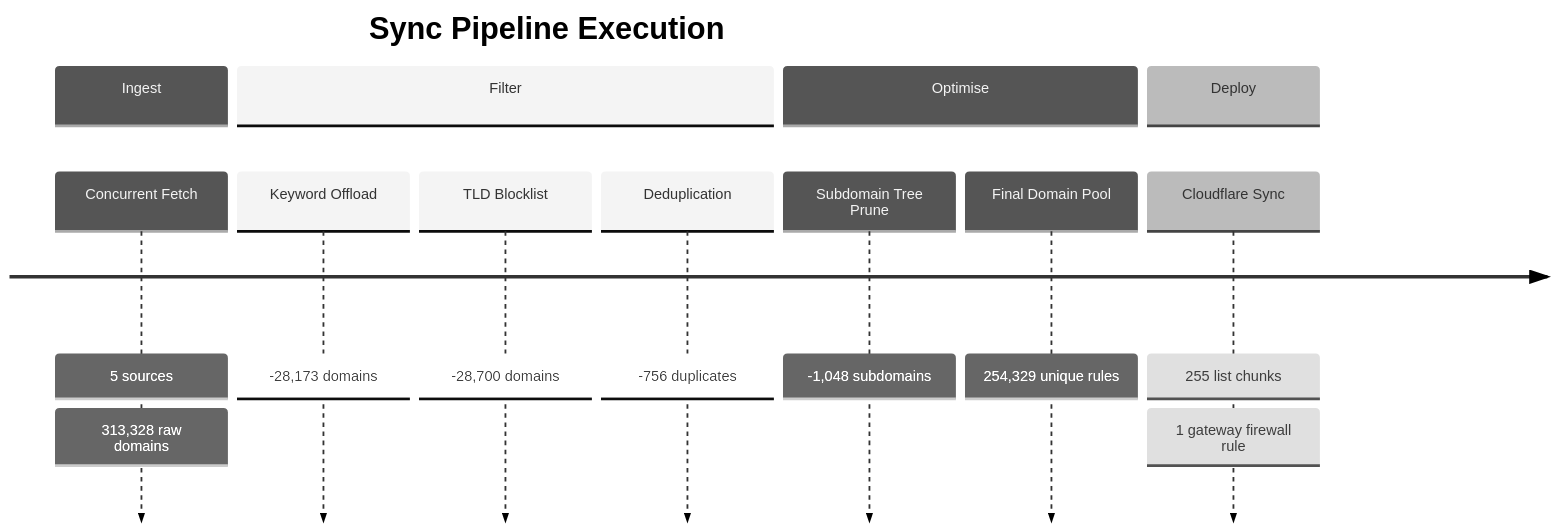
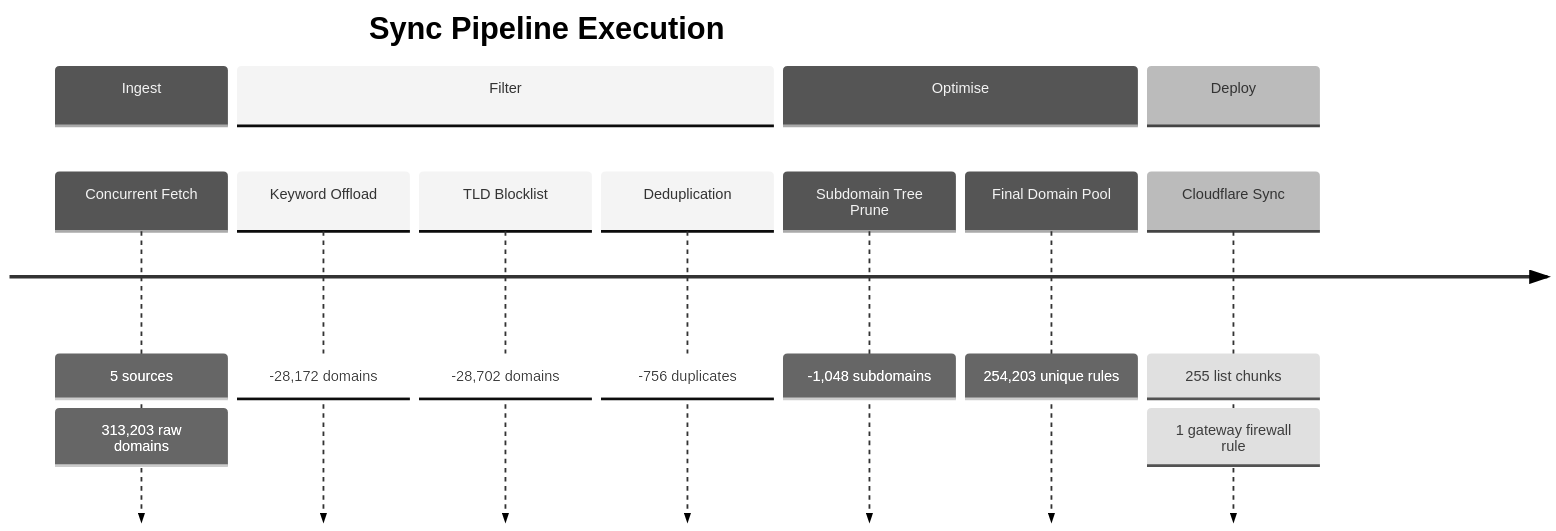
The second of 6 diagrams in README_STATS.md (brojangles24/Cloudflare-ZeroTrust-AdBlock), drawn with Mermaid (neutral theme) before and after one commit. The commit also changed other lines of this file and 1 other file, not shown here.

````diff
--- a/README_STATS.md
+++ b/README_STATS.md
@@ -54,17 +54,17 @@
 ```mermaid
 timeline
     title Sync Pipeline Execution
     section Ingest
         Concurrent Fetch   : 5 sources
-                           : 313,328 raw domains
+                           : 313,203 raw domains
     section Filter
-        Keyword Offload    : -28,173 domains
-        TLD Blocklist      : -28,700 domains
+        Keyword Offload    : -28,172 domains
+        TLD Blocklist      : -28,702 domains
         Deduplication      : -756 duplicates
     section Optimise
         Subdomain Tree Prune : -1,048 subdomains
-        Final Domain Pool    : 254,329 unique rules
+        Final Domain Pool    : 254,203 unique rules
     section Deploy
         Cloudflare Sync    : 255 list chunks
                            : 1 gateway firewall rule
 ```
````
